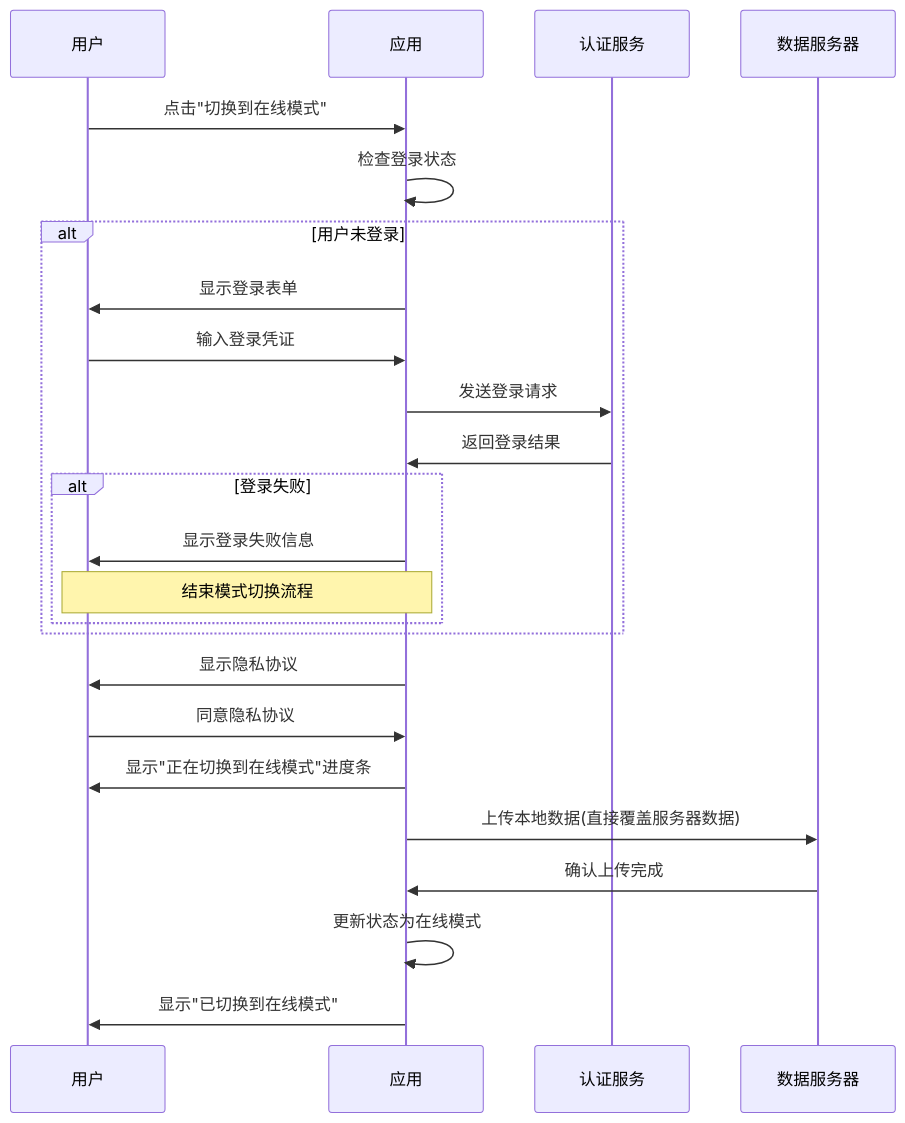
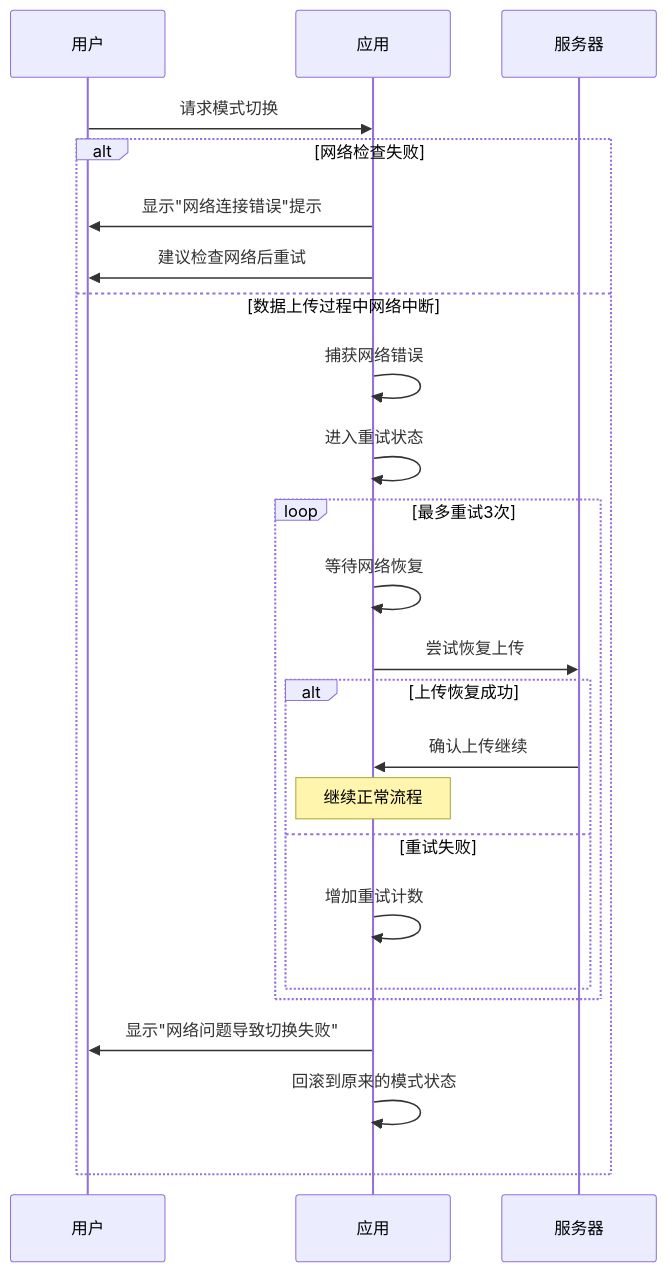
Before and after one commit to yingjianzh/iodraw-files: the diagram in all/未命名-48.md, drawn with Mermaid.

Commit message:
2025-05-07 16:59:25 update

````diff
--- a/all/未命名-48.md
+++ b/all/未命名-48.md
@@ -1,32 +1,28 @@
 ```mermaid
 sequenceDiagram
     participant User as 用户
     participant App as 应用
-    participant Auth as 认证服务
-    participant Server as 数据服务器
+    participant Server as 服务器
     
-    User->>App: 点击"切换到在线模式"
-    App->>App: 检查登录状态
+    User->>App: 请求模式切换
     
-    alt 用户未登录
-        App->>User: 显示登录表单
-        User->>App: 输入登录凭证
-        App->>Auth: 发送登录请求
-        Auth->>App: 返回登录结果
-        
-        alt 登录失败
-            App->>User: 显示登录失败信息
-            Note over App,User: 结束模式切换流程
+    alt 网络检查失败
+        App->>User: 显示"网络连接错误"提示
+        App->>User: 建议检查网络后重试
+    else 数据上传过程中网络中断
+        App->>App: 捕获网络错误
+        App->>App: 进入重试状态
+        loop 最多重试3次
+            App->>App: 等待网络恢复
+            App->>Server: 尝试恢复上传
+            alt 上传恢复成功
+                Server->>App: 确认上传继续
+                Note over App: 继续正常流程
+            else 重试失败
+                App->>App: 增加重试计数
+            end
         end
+        App->>User: 显示"网络问题导致切换失败"
+        App->>App: 回滚到原来的模式状态
     end
-    
-    App->>User: 显示隐私协议
-    User->>App: 同意隐私协议
-    
-    App->>User: 显示"正在切换到在线模式"进度条
-    App->>Server: 上传本地数据(直接覆盖服务器数据)
-    Server->>App: 确认上传完成
-    
-    App->>App: 更新状态为在线模式
-    App->>User: 显示"已切换到在线模式"
 ```
````
